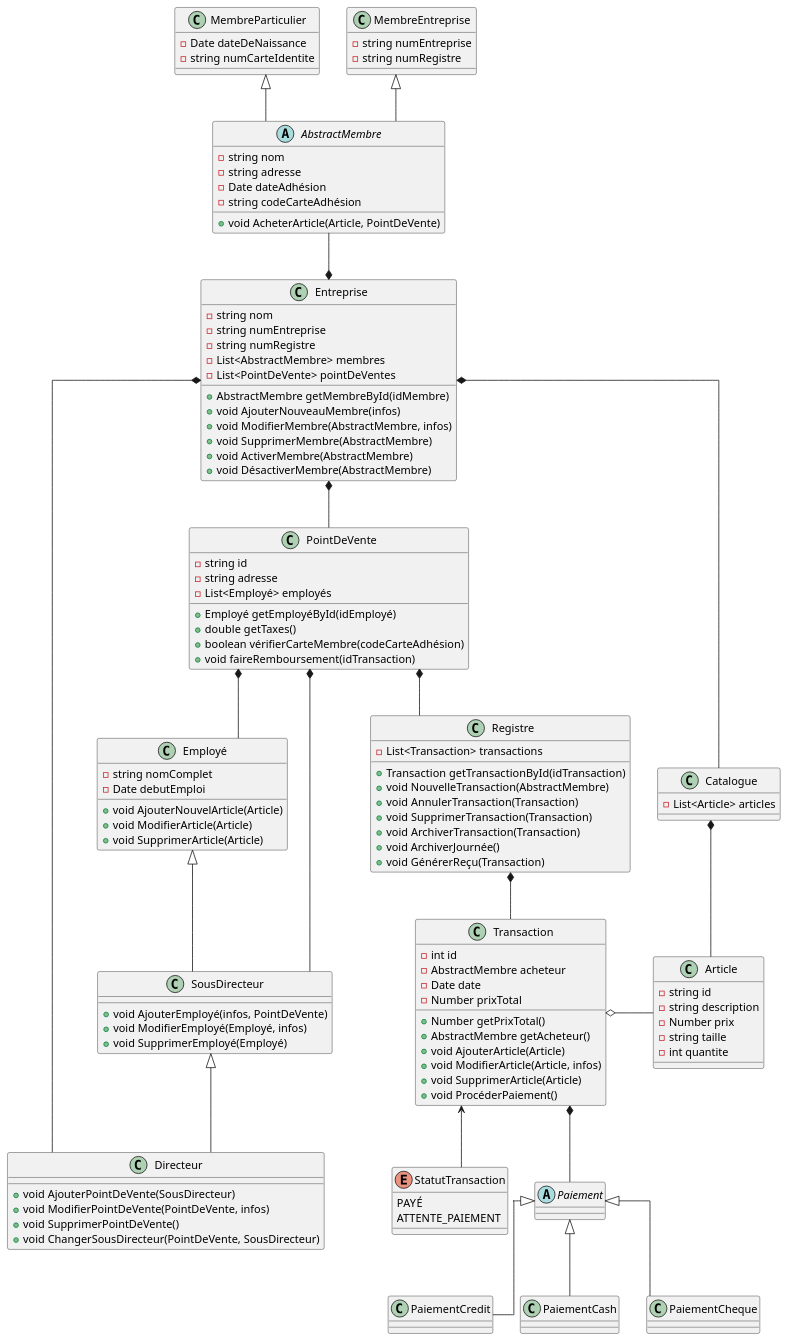
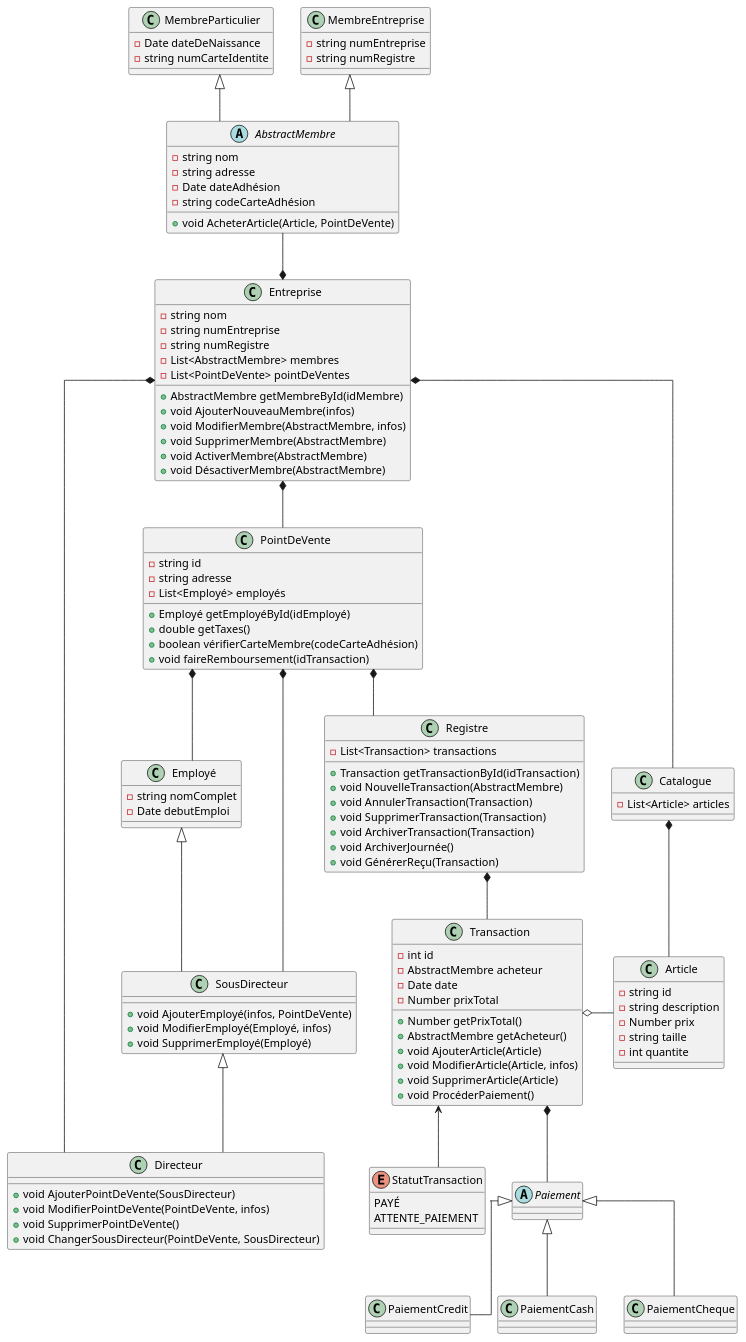
The diagram in diagram.puml (SamBolduc/INF1011-TP2), drawn with PlantUML before and after one commit.

Commit message:
Enleve methodes dans Employe

```diff
--- a/diagram.puml
+++ b/diagram.puml
@@ -1,141 +1,138 @@
 @startuml
 
 skinparam linetype ortho
 
 abstract class AbstractMembre {
 - string nom
 - string adresse
 - Date dateAdhésion
 - string codeCarteAdhésion
 + void AcheterArticle(Article, PointDeVente)
 }
 
 class MembreParticulier {
 - Date dateDeNaissance
 - string numCarteIdentite
 }
 
 class MembreEntreprise {
 - string numEntreprise
 - string numRegistre
 }
 
 class Employé {
 - string nomComplet
 - Date debutEmploi
-+ void AjouterNouvelArticle(Article)
-+ void ModifierArticle(Article)
-+ void SupprimerArticle(Article)
 }
 
 class SousDirecteur {
 + void AjouterEmployé(infos, PointDeVente)
 + void ModifierEmployé(Employé, infos)
 + void SupprimerEmployé(Employé)
 }
 
 class Directeur {
 + void AjouterPointDeVente(SousDirecteur)
 + void ModifierPointDeVente(PointDeVente, infos)
 + void SupprimerPointDeVente()
 + void ChangerSousDirecteur(PointDeVente, SousDirecteur)
 }
 
 class Transaction {
 - int id
 - AbstractMembre acheteur
 - Date date
 - Number prixTotal
 + Number getPrixTotal()
 + AbstractMembre getAcheteur()
 + void AjouterArticle(Article)
 + void ModifierArticle(Article, infos)
 + void SupprimerArticle(Article)
 + void ProcéderPaiement()
 }
 
 class Article {
 - string id
 - string description
 - Number prix
 - string taille
 - int quantite
 }
 
 class Registre {
 - List<Transaction> transactions
 + Transaction getTransactionById(idTransaction)
 + void NouvelleTransaction(AbstractMembre)
 + void AnnulerTransaction(Transaction)
 + void SupprimerTransaction(Transaction)
 + void ArchiverTransaction(Transaction)
 + void ArchiverJournée()
 + void GénérerReçu(Transaction)
 }
 
 enum StatutTransaction{
 PAYÉ
 ATTENTE_PAIEMENT
 }
 
 class Entreprise {
 - string nom
 - string numEntreprise
 - string numRegistre
 - List<AbstractMembre> membres
 - List<PointDeVente> pointDeVentes
 + AbstractMembre getMembreById(idMembre)
 + void AjouterNouveauMembre(infos)
 + void ModifierMembre(AbstractMembre, infos)
 + void SupprimerMembre(AbstractMembre)
 + void ActiverMembre(AbstractMembre)
 + void DésactiverMembre(AbstractMembre)
 }
 
 class PointDeVente {
 - string id
 - string adresse
 - List<Employé> employés
 + Employé getEmployéById(idEmployé)
 + double getTaxes()
 + boolean vérifierCarteMembre(codeCarteAdhésion)
 + void faireRemboursement(idTransaction)
 }
 
 class Catalogue {
 - List<Article> articles
 }
 
 abstract class Paiement {}
 
 class PaiementCredit {}
 
 class PaiementCash {}
 
 class PaiementCheque {}
 
 Employé <|-- SousDirecteur
 SousDirecteur <|-- Directeur
 
 Paiement <|-- PaiementCredit
 Paiement <|-- PaiementCash
 Paiement <|-- PaiementCheque
 
 Entreprise *-- PointDeVente
 Entreprise *--- Catalogue
 Catalogue *-- Article
 Entreprise *-- Directeur
 PointDeVente *-- SousDirecteur
 PointDeVente *-- Employé
 PointDeVente *-- Registre
 
 Registre *-- Transaction
 Transaction <-- StatutTransaction
 Transaction *-- Paiement
 Transaction o- Article
 
 AbstractMembre --* Entreprise
 MembreParticulier<|-- AbstractMembre
 MembreEntreprise <|-- AbstractMembre
 
 @enduml
```
